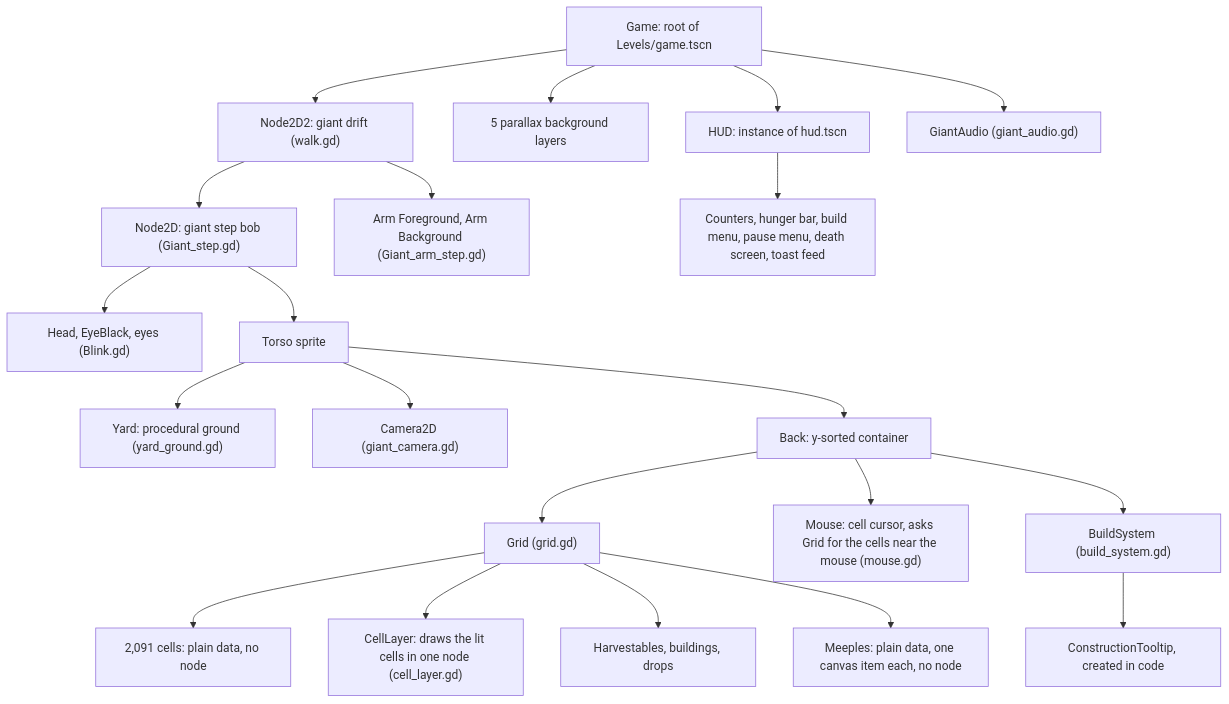
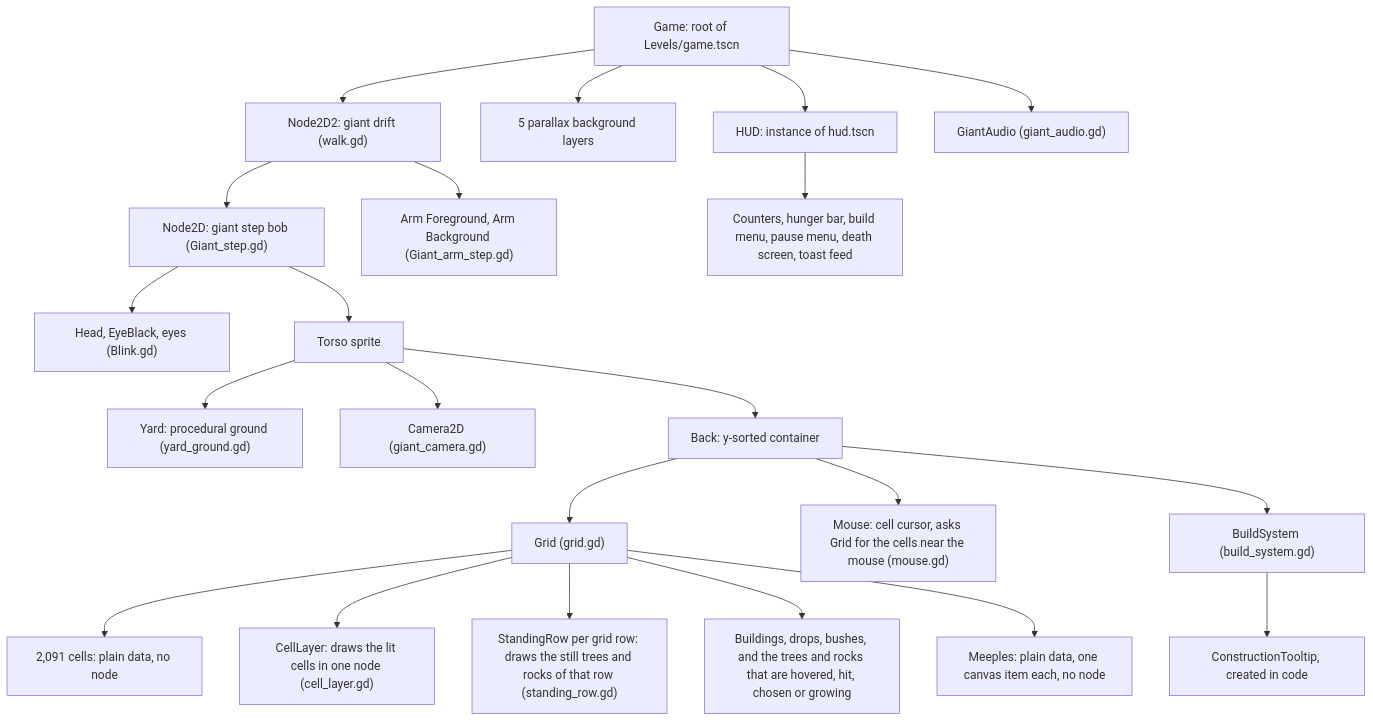
One commit to Liam-M-Mays/game-jam-2026 changed the third of 10 diagrams in docs/architecture.md. Above: the diagram before and after it, drawn with Mermaid. The commit also changed other lines of this file and 8 other files, not shown here.

First line of the commit message:
Make standing trees and rocks plain data drawn one grid row at a time

````diff
--- a/docs/architecture.md
+++ b/docs/architecture.md
@@ -134,45 +134,47 @@
 ```mermaid
 flowchart TD
     game["Game: root of Levels/game.tscn"]
     walk["Node2D2: giant drift (walk.gd)"]
     step["Node2D: giant step bob (Giant_step.gd)"]
     head["Head, EyeBlack, eyes (Blink.gd)"]
     arms["Arm Foreground, Arm Background (Giant_arm_step.gd)"]
     torso["Torso sprite"]
     yard["Yard: procedural ground (yard_ground.gd)"]
     camera["Camera2D (giant_camera.gd)"]
     back["Back: y-sorted container"]
     grid["Grid (grid.gd)"]
     cells["2,091 cells: plain data, no node"]
     cellLayer["CellLayer: draws the lit cells in one node (cell_layer.gd)"]
-    objects["Harvestables, buildings, drops"]
+    rows["StandingRow per grid row: draws the still trees and rocks of that row (standing_row.gd)"]
+    objects["Buildings, drops, bushes, and the trees and rocks that are hovered, hit, chosen or growing"]
     meeples["Meeples: plain data, one canvas item each, no node"]
     cursor["Mouse: cell cursor, asks Grid for the cells near the mouse (mouse.gd)"]
     buildSystem["BuildSystem (build_system.gd)"]
     tooltip["ConstructionTooltip, created in code"]
     parallax["5 parallax background layers"]
     hud["HUD: instance of hud.tscn"]
     hudKids["Counters, hunger bar, build menu, pause menu, death screen, toast feed"]
     giantAudio["GiantAudio (giant_audio.gd)"]
 
     game --> walk
     walk --> step
     walk --> arms
     step --> head
     step --> torso
     torso --> yard
     torso --> camera
     torso --> back
     back --> grid
     back --> cursor
     back --> buildSystem
     grid --> cells
     grid --> cellLayer
+    grid --> rows
     grid --> objects
     grid --> meeples
     buildSystem --> tooltip
     game --> parallax
     game --> hud
     hud --> hudKids
     game --> giantAudio
 ```
````
